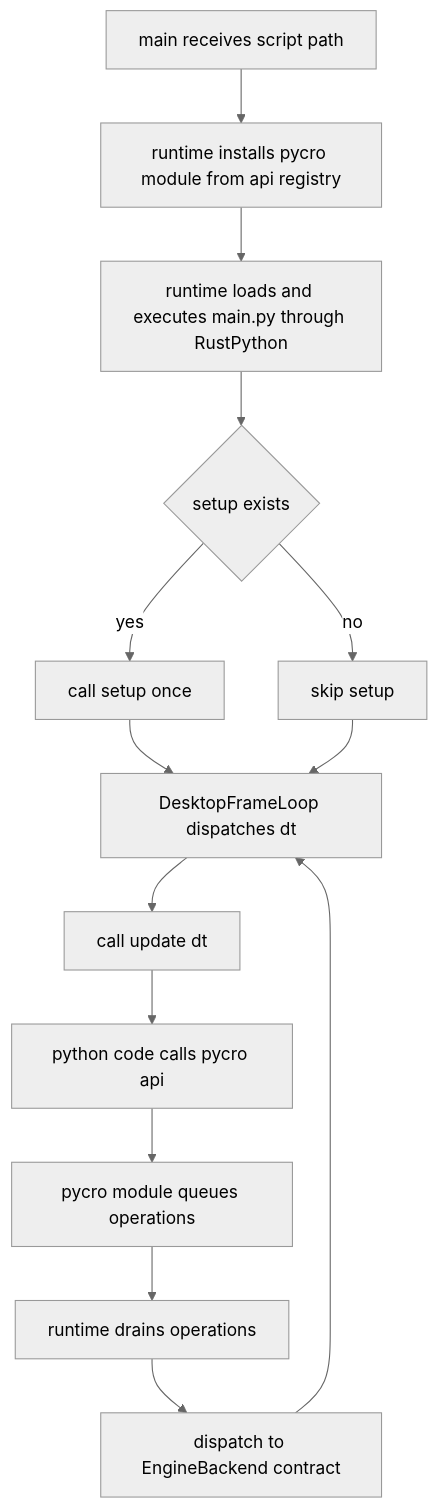
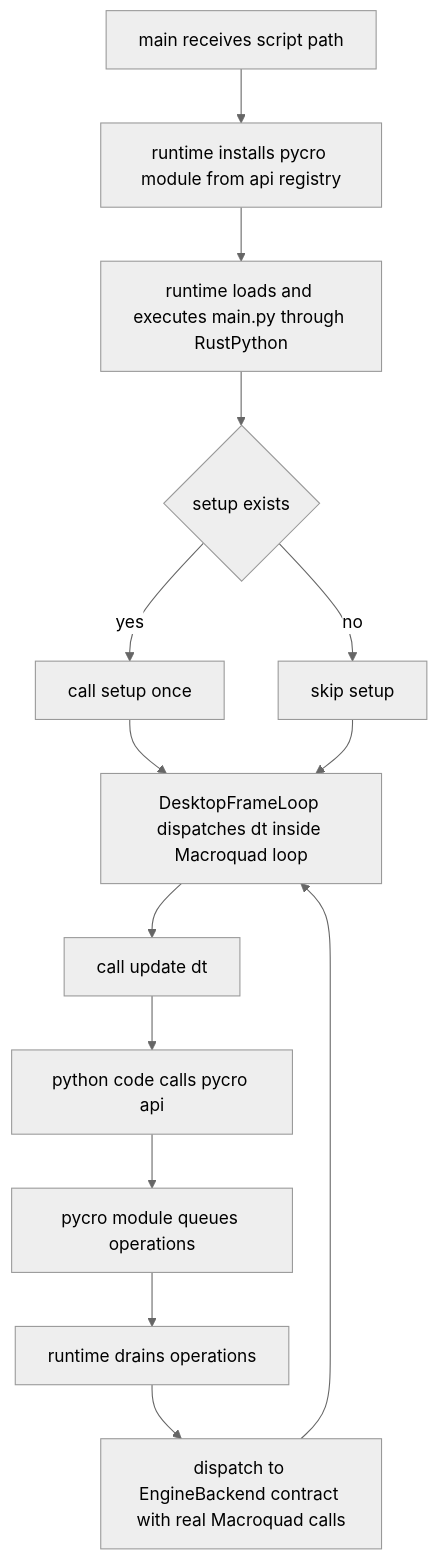
The third of 4 diagrams in docs/flow-mermaids.md (linkfy/pycro), drawn with Mermaid (neutral theme) before and after one commit. The commit also changed 10 other files, not shown here.

Commit message:
phase1: switch desktop loop to real macroquad window runtime

````diff
--- a/docs/flow-mermaids.md
+++ b/docs/flow-mermaids.md
@@ -37,17 +37,17 @@
 ```mermaid
 flowchart TD
     A[main receives script path]
     A --> B[runtime installs pycro module from api registry]
     B --> C[runtime loads and executes main.py through RustPython]
     C --> D{setup exists}
     D -- yes --> E[call setup once]
     D -- no --> F[skip setup]
-    E --> G[DesktopFrameLoop dispatches dt]
+    E --> G[DesktopFrameLoop dispatches dt inside Macroquad loop]
     F --> G
     G --> H[call update dt]
     H --> I[python code calls pycro api]
     I --> J[pycro module queues operations]
     J --> K[runtime drains operations]
-    K --> L[dispatch to EngineBackend contract]
+    K --> L[dispatch to EngineBackend contract with real Macroquad calls]
     L --> G
 ```
````
